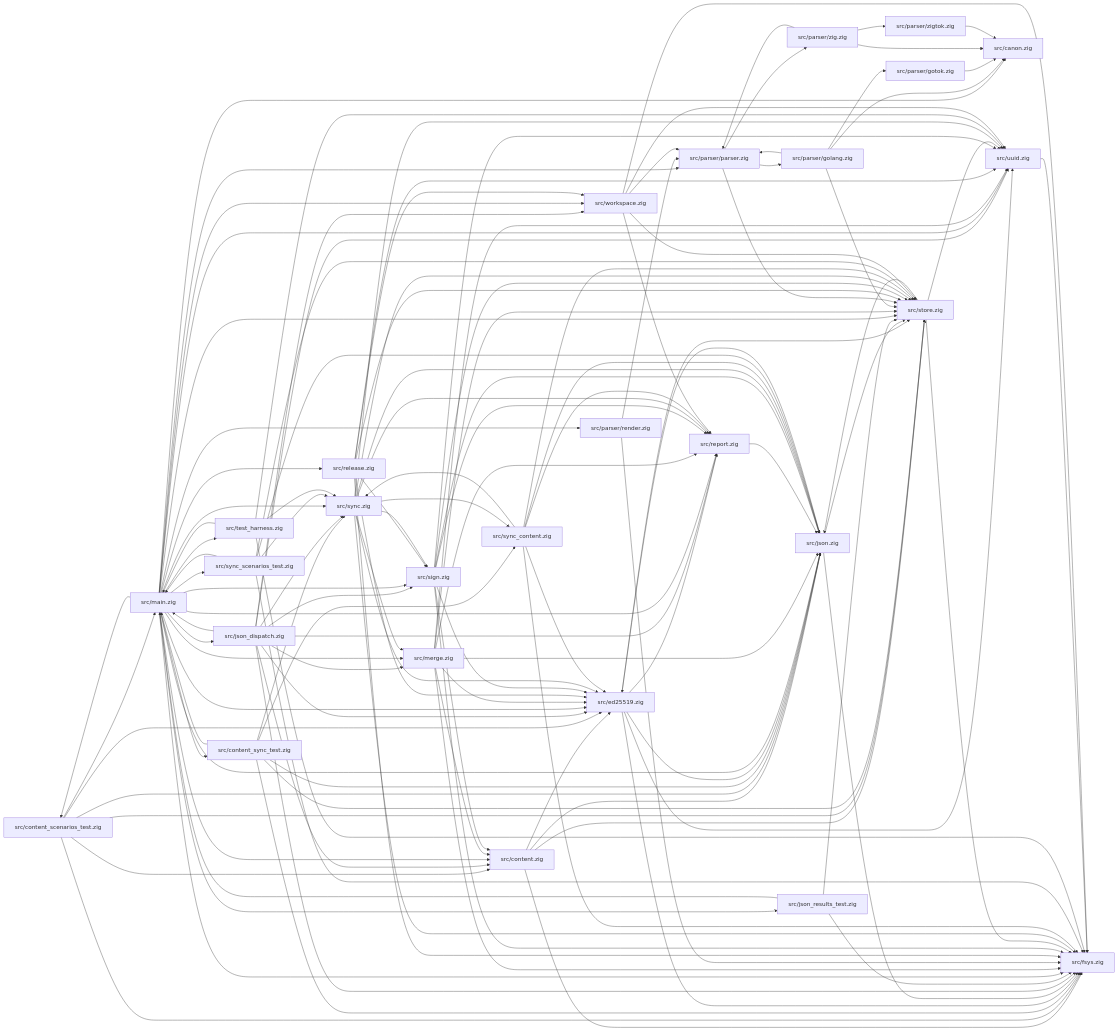
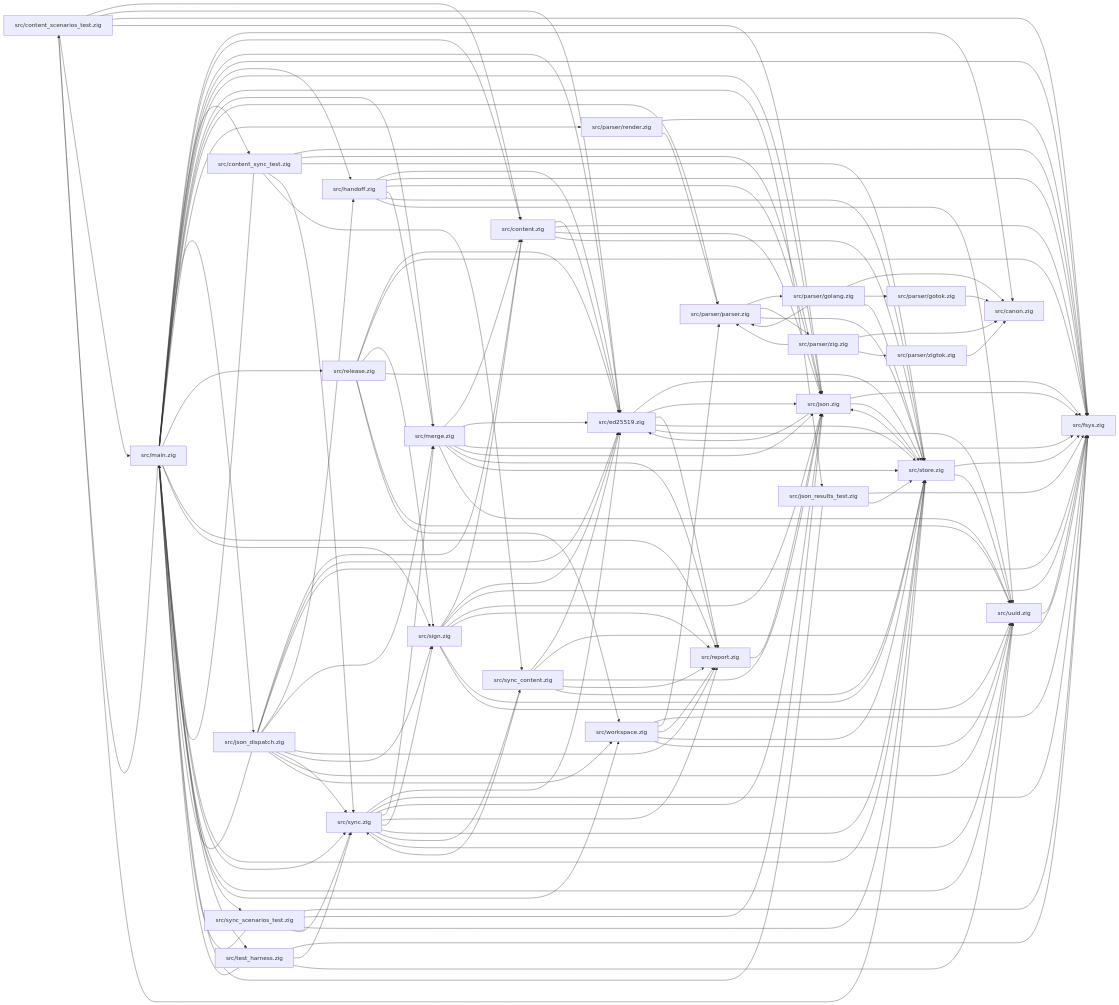
Before and after one commit to drawmeanelephant/flint-client: the diagram in docs/module-map.md, drawn with Mermaid. The commit also changed 8 other files, not shown here.

```diff
--- a/docs/module-map.md
+++ b/docs/module-map.md
@@ -27,12 +27,19 @@
   src_ed25519_zig["src/ed25519.zig"] --> src_report_zig["src/report.zig"]
   src_ed25519_zig["src/ed25519.zig"] --> src_store_zig["src/store.zig"]
   src_ed25519_zig["src/ed25519.zig"] --> src_uuid_zig["src/uuid.zig"]
+  src_handoff_zig["src/handoff.zig"] --> src_ed25519_zig["src/ed25519.zig"]
+  src_handoff_zig["src/handoff.zig"] --> src_fsys_zig["src/fsys.zig"]
+  src_handoff_zig["src/handoff.zig"] --> src_json_zig["src/json.zig"]
+  src_handoff_zig["src/handoff.zig"] --> src_merge_zig["src/merge.zig"]
+  src_handoff_zig["src/handoff.zig"] --> src_store_zig["src/store.zig"]
+  src_handoff_zig["src/handoff.zig"] --> src_uuid_zig["src/uuid.zig"]
   src_json_zig["src/json.zig"] --> src_ed25519_zig["src/ed25519.zig"]
   src_json_zig["src/json.zig"] --> src_fsys_zig["src/fsys.zig"]
   src_json_zig["src/json.zig"] --> src_store_zig["src/store.zig"]
   src_json_dispatch_zig["src/json_dispatch.zig"] --> src_content_zig["src/content.zig"]
   src_json_dispatch_zig["src/json_dispatch.zig"] --> src_ed25519_zig["src/ed25519.zig"]
   src_json_dispatch_zig["src/json_dispatch.zig"] --> src_fsys_zig["src/fsys.zig"]
+  src_json_dispatch_zig["src/json_dispatch.zig"] --> src_handoff_zig["src/handoff.zig"]
   src_json_dispatch_zig["src/json_dispatch.zig"] --> src_main_zig["src/main.zig"]
   src_json_dispatch_zig["src/json_dispatch.zig"] --> src_merge_zig["src/merge.zig"]
   src_json_dispatch_zig["src/json_dispatch.zig"] --> src_report_zig["src/report.zig"]
@@ -49,6 +56,7 @@
   src_main_zig["src/main.zig"] --> src_content_sync_test_zig["src/content_sync_test.zig"]
   src_main_zig["src/main.zig"] --> src_ed25519_zig["src/ed25519.zig"]
   src_main_zig["src/main.zig"] --> src_fsys_zig["src/fsys.zig"]
+  src_main_zig["src/main.zig"] --> src_handoff_zig["src/handoff.zig"]
   src_main_zig["src/main.zig"] --> src_json_zig["src/json.zig"]
   src_main_zig["src/main.zig"] --> src_json_dispatch_zig["src/json_dispatch.zig"]
   src_main_zig["src/main.zig"] --> src_json_results_test_zig["src/json_results_test.zig"]
```
